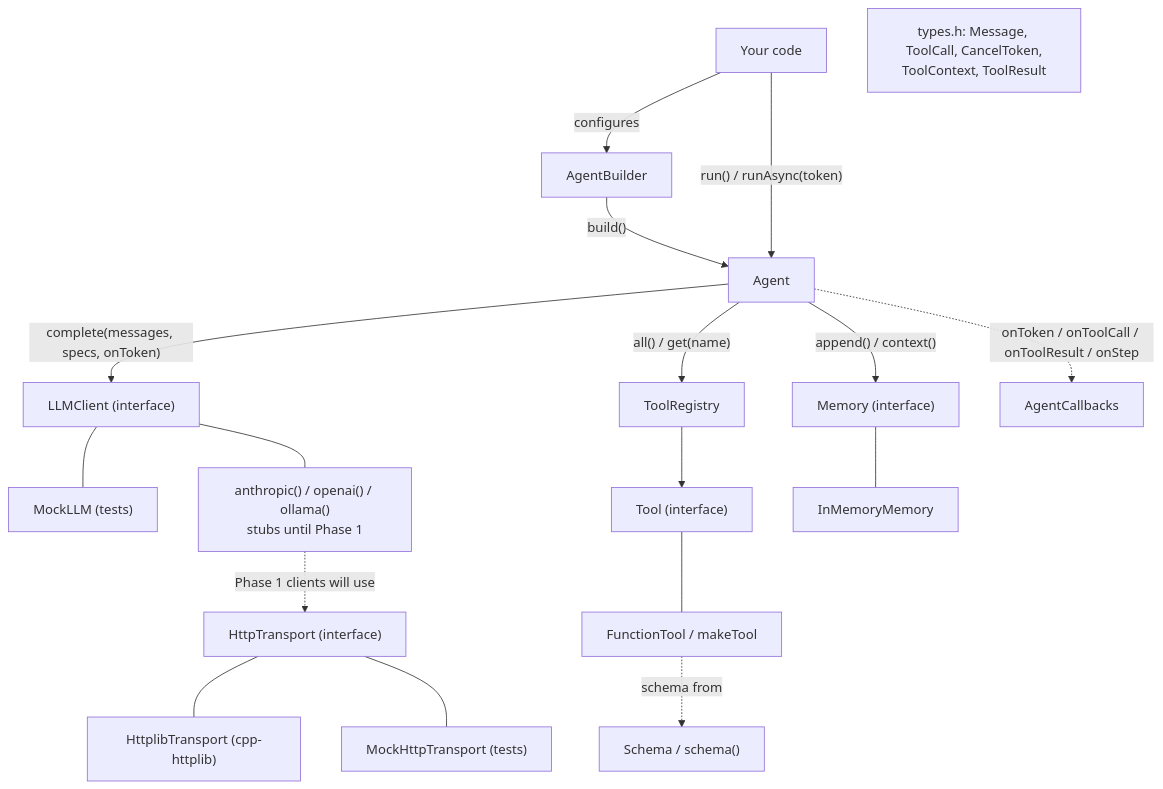
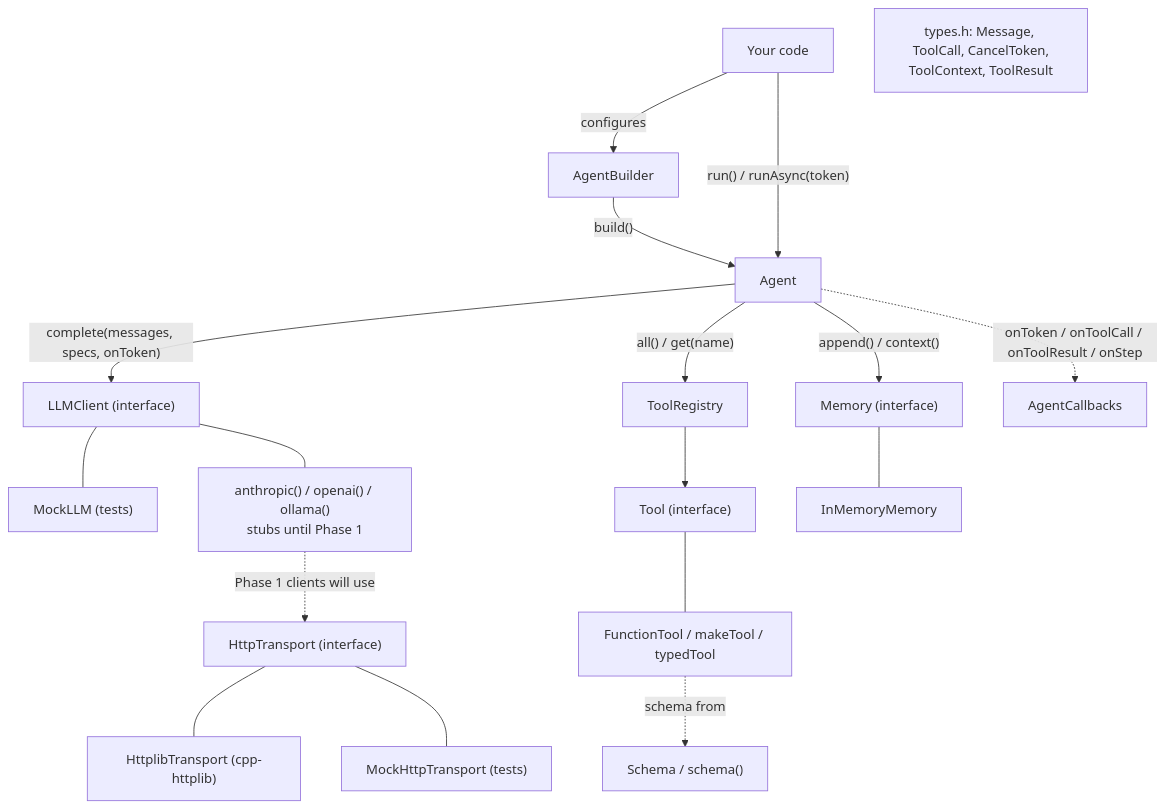
Before and after one commit to Ambar-Gupta22/corvus: the diagram in docs/ARCHITECTURE.md, drawn with Mermaid. The commit also changed other lines of this file and 15 other files, not shown here.

First line of the commit message:
feat: typed tools — struct-typed args with derived schema (#5)

````diff
--- a/docs/ARCHITECTURE.md
+++ b/docs/ARCHITECTURE.md
@@ -49,24 +49,24 @@
 ```mermaid
 flowchart TD
     User["Your code"] -->|configures| Builder["AgentBuilder"]
     Builder -->|"build()"| Agent
     User -->|"run() / runAsync(token)"| Agent
 
     Agent -->|"complete(messages, specs, onToken)"| LLM["LLMClient (interface)"]
     Agent -->|"all() / get(name)"| Registry["ToolRegistry"]
     Agent -->|"append() / context()"| Memory["Memory (interface)"]
     Agent -.->|"onToken / onToolCall / onToolResult / onStep"| Callbacks["AgentCallbacks"]
 
     LLM --- Mock["MockLLM (tests)"]
     LLM --- Stubs["anthropic() / openai() / ollama()<br/>stubs until Phase 1"]
     Stubs -.->|"Phase 1 clients will use"| Transport["HttpTransport (interface)"]
     Transport --- Httplib["HttplibTransport (cpp-httplib)"]
     Transport --- MockHttp["MockHttpTransport (tests)"]
 
     Registry --> Tool["Tool (interface)"]
-    Tool --- FnTool["FunctionTool / makeTool"]
+    Tool --- FnTool["FunctionTool / makeTool / typedTool"]
     FnTool -.->|schema from| Schema["Schema / schema()"]
     Memory --- InMem["InMemoryMemory"]
 
     Types["types.h: Message, ToolCall, CancelToken,<br/>ToolContext, ToolResult"]
 ```
````
